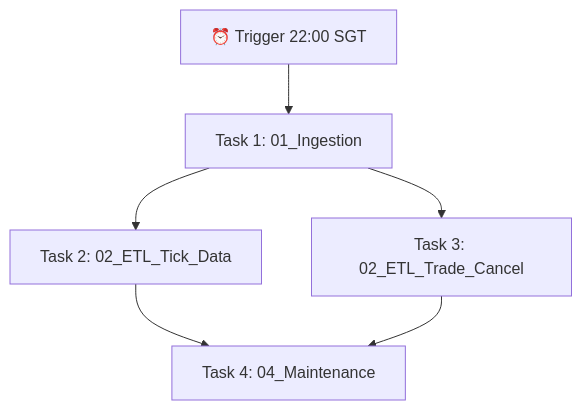
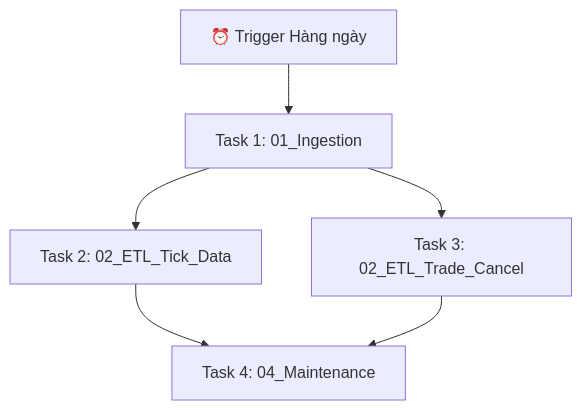
One commit to nguyenmanhtuan2004/SGX_Derivatives_Daily_Downloader changed the diagram in databricks_pipeline/README.md. Above: the diagram before and after it, drawn with Mermaid. The commit also changed other lines of this file and 4 other files, not shown here.

````diff
--- a/databricks_pipeline/README.md
+++ b/databricks_pipeline/README.md
@@ -53,8 +118,8 @@
 ```mermaid
 graph TD
-    A[⏰ Trigger 22:00 SGT] --> B[Task 1: 01_Ingestion]
+    A[⏰ Trigger Hàng ngày] --> B[Task 1: 01_Ingestion]
     B --> C[Task 2: 02_ETL_Tick_Data]
     B --> D[Task 3: 02_ETL_Trade_Cancel]
     C --> E[Task 4: 04_Maintenance]
     D --> E
 ```
````
